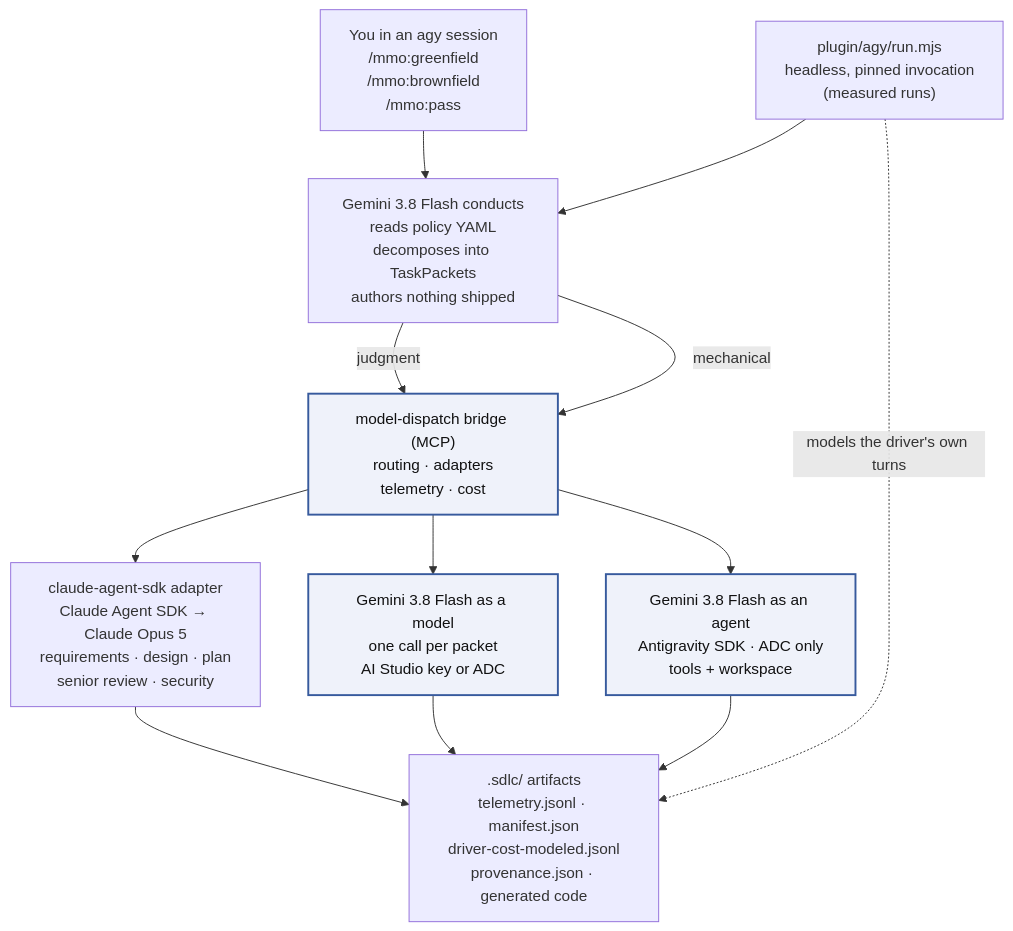
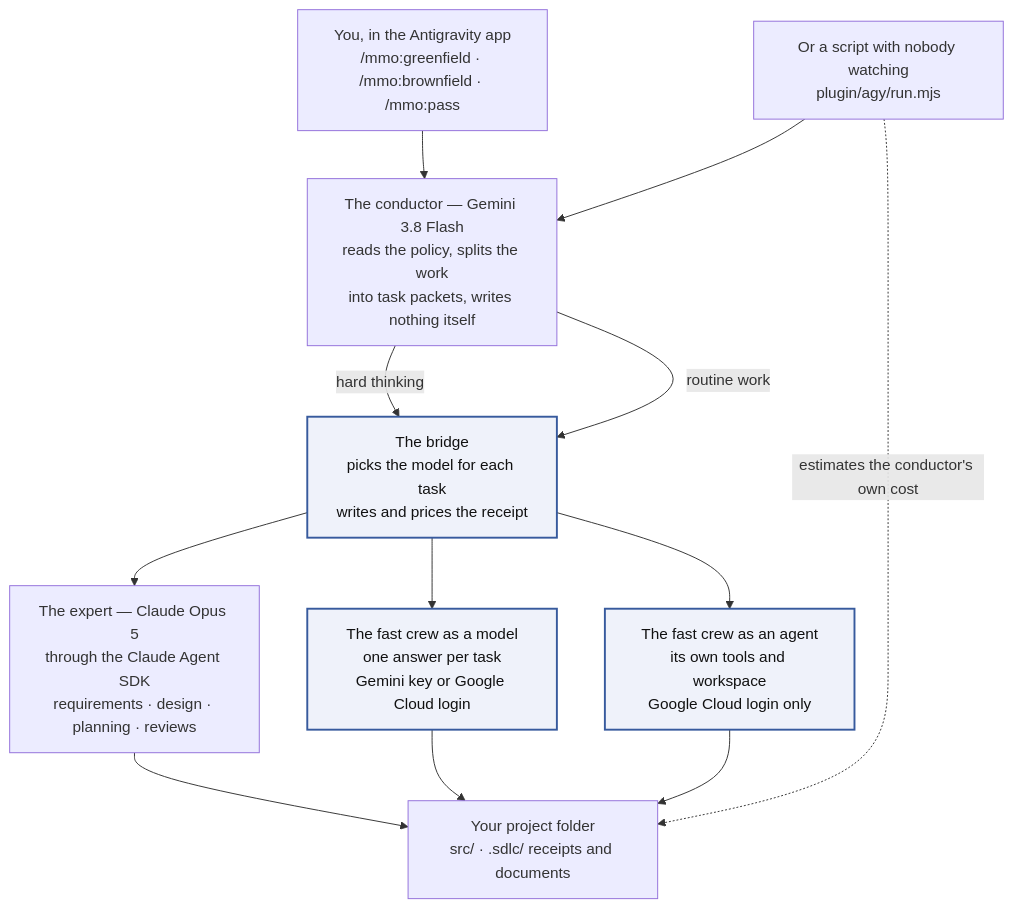
Before and after one commit to mehtasanjit/ai-sdlc-orchestrator-antigravity-harness: the second of 2 diagrams in README.md, drawn with Mermaid. The commit also changed other lines of this file and 2 other files, not shown here.

First line of the commit message:
docs: rewrite the README so a reader with no programming background can use the plugin

````diff
--- a/README.md
+++ b/README.md
@@ -29,26 +313,26 @@
 ```mermaid
 flowchart TD
-    User["You in an agy session<br/>/mmo:greenfield<br/>/mmo:brownfield<br/>/mmo:pass"]
-    Headless["plugin/agy/run.mjs<br/>headless, pinned invocation<br/>(measured runs)"]
-    Cond["Gemini 3.8 Flash conducts<br/>reads policy YAML<br/>decomposes into TaskPackets<br/>authors nothing shipped"]
-    Bridge["model-dispatch bridge (MCP)<br/>routing · adapters<br/>telemetry · cost"]
-    Opus["claude-agent-sdk adapter<br/>Claude Agent SDK → Claude Opus 5<br/>requirements · design · plan<br/>senior review · security"]
-    GemModel["Gemini 3.8 Flash as a model<br/>one call per packet<br/>AI Studio key or ADC"]
-    GemAgent["Gemini 3.8 Flash as an agent<br/>Antigravity SDK · ADC only<br/>tools + workspace"]
-    Out[".sdlc/ artifacts<br/>telemetry.jsonl · manifest.json<br/>driver-cost-modeled.jsonl<br/>provenance.json · generated code"]
+    User["You, in the Antigravity app<br/>/mmo:greenfield · /mmo:brownfield · /mmo:pass"]
+    Headless["Or a script with nobody watching<br/>plugin/agy/run.mjs"]
+    Cond["The conductor — Gemini 3.8 Flash<br/>reads the policy, splits the work<br/>into task packets, writes nothing itself"]
+    Bridge["The bridge<br/>picks the model for each task<br/>writes and prices the receipt"]
+    Opus["The expert — Claude Opus 5<br/>through the Claude Agent SDK<br/>requirements · design · planning · reviews"]
+    GemModel["The fast crew as a model<br/>one answer per task<br/>Gemini key or Google Cloud login"]
+    GemAgent["The fast crew as an agent<br/>its own tools and workspace<br/>Google Cloud login only"]
+    Out["Your project folder<br/>src/ · .sdlc/ receipts and documents"]
 
     User --> Cond
     Headless --> Cond
-    Cond -->|judgment| Bridge
-    Cond -->|mechanical| Bridge
+    Cond -->|hard thinking| Bridge
+    Cond -->|routine work| Bridge
     Bridge --> Opus
     Bridge --> GemModel
     Bridge --> GemAgent
     Opus --> Out
     GemModel --> Out
     GemAgent --> Out
-    Headless -.->|models the driver's own turns| Out
+    Headless -.->|estimates the conductor's own cost| Out
 
     classDef hero fill:#EFF2FA,stroke:#375A9D,stroke-width:2px,color:#111
     class Bridge,GemModel,GemAgent hero
 ```
````
